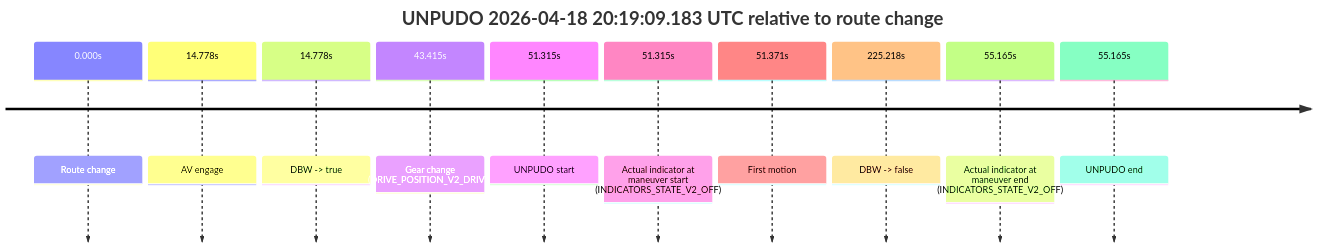
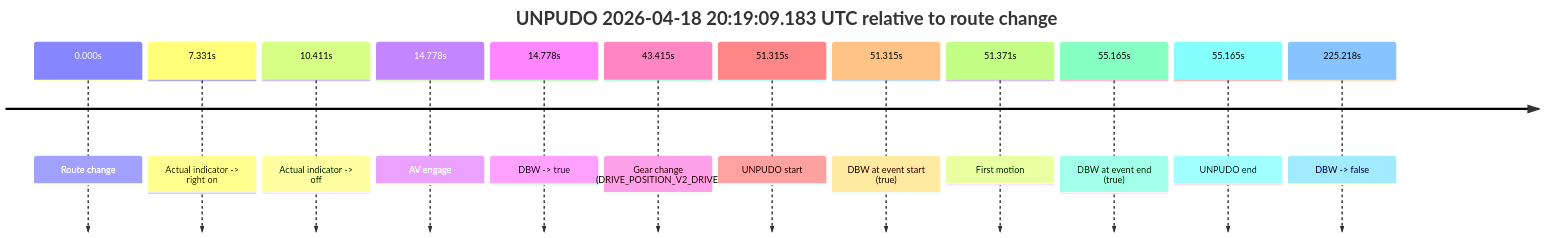
Before and after one commit to yoelshapiro/vault: the third of 4 diagrams in model_analysis/report_cards/2026/04/Week-3/fme20031--2026-04-18--20-01-35--gen2-av-488757f4-84a2-41cf-ba93-f1418f8e3bc7.md, drawn with Mermaid. The commit also changed other lines of this file and 32 other files, not shown here.

````diff
--- a/model_analysis/report_cards/2026/04/Week-3/fme20031--2026-04-18--20-01-35--gen2-av-488757f4-84a2-41cf-ba93-f1418f8e3bc7.md
+++ b/model_analysis/report_cards/2026/04/Week-3/fme20031--2026-04-18--20-01-35--gen2-av-488757f4-84a2-41cf-ba93-f1418f8e3bc7.md
@@ -215,14 +227,16 @@
 ```mermaid
 timeline
     title UNPUDO 2026-04-18 20:19:09.183 UTC relative to route change
     0.000s : Route change
+    7.331s : Actual indicator -> right on
+    10.411s : Actual indicator -> off
     14.778s : AV engage
     14.778s : DBW -> true
     43.415s : Gear change (DRIVE_POSITION_V2_DRIVE)
     51.315s : UNPUDO start
-    51.315s : Actual indicator at maneuver start (INDICATORS_STATE_V2_OFF)
+    51.315s : DBW at event start (true)
     51.371s : First motion
+    55.165s : DBW at event end (true)
+    55.165s : UNPUDO end
     225.218s : DBW -> false
-    55.165s : Actual indicator at maneuver end (INDICATORS_STATE_V2_OFF)
-    55.165s : UNPUDO end
 ```
````
